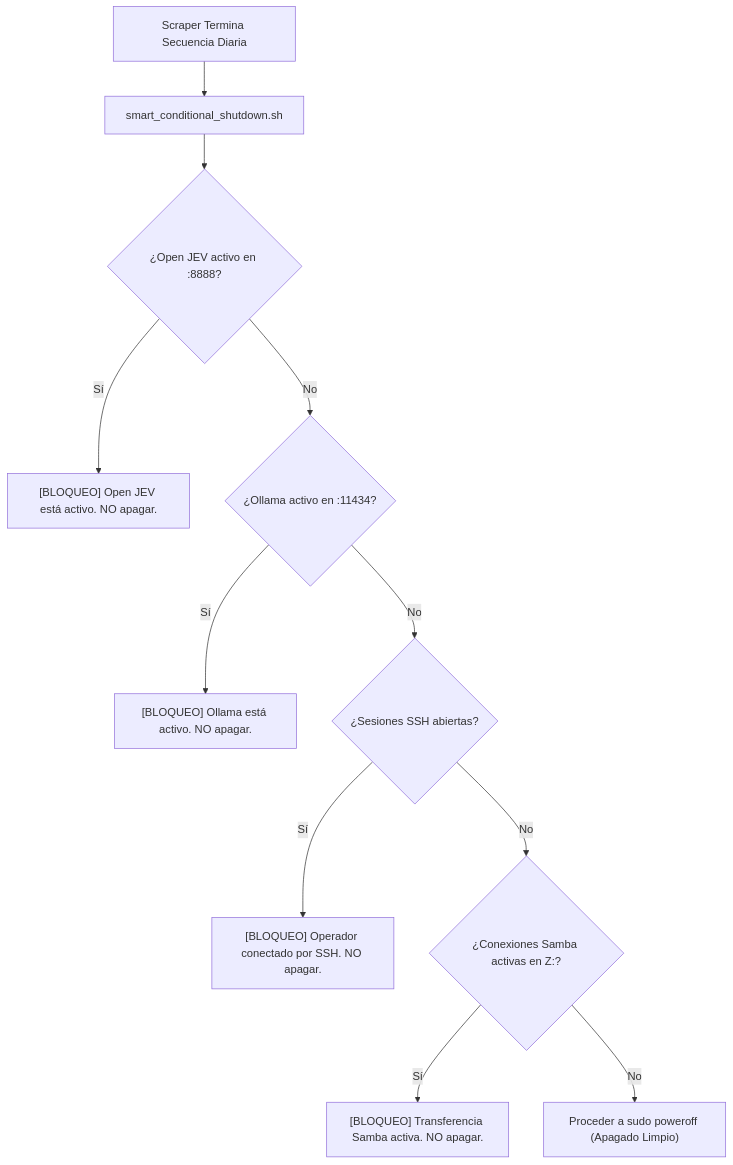
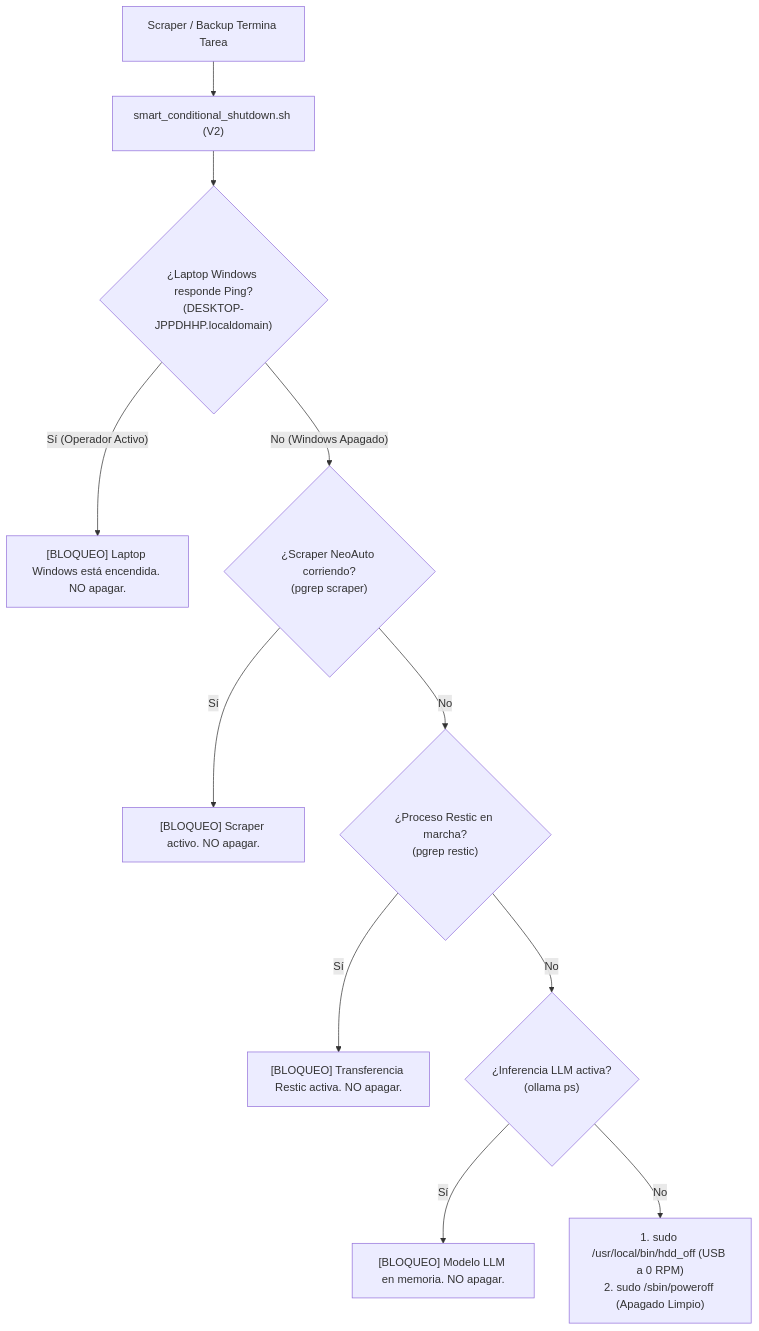
Before and after one commit to RichGutz/Scraper-Neoauto-ANTIGRAVITY: the diagram in Boveda_Obsidian_NeoAuto/10 - Fase 10 - Guardian de Apagado Condicional & Backup Restic 3-2-1.md, drawn with Mermaid. The commit also changed other lines of this file, not shown here.

Commit message:
docs: actualizar fase 10 con guardian de inactividad 5 min y doble reposo 0 rpm

````diff
--- a/Boveda_Obsidian_NeoAuto/10 - Fase 10 - Guardian de Apagado Condicional & Backup Restic 3-2-1.md
+++ b/Boveda_Obsidian_NeoAuto/10 - Fase 10 - Guardian de Apagado Condicional & Backup Restic 3-2-1.md
@@ -18,17 +19,17 @@
 ```mermaid
 flowchart TD
-    End["Scraper Termina Secuencia Diaria"] --> Guard["smart_conditional_shutdown.sh"]
+    End["Scraper / Backup Termina Tarea"] --> Guard["smart_conditional_shutdown.sh (V2)"]
     
-    Guard --> C1{"¿Open JEV activo en :8888?"}
-    C1 -- Sí --> Block1["[BLOQUEO] Open JEV está activo. NO apagar."]
-    C1 -- No --> C2{"¿Ollama activo en :11434?"}
+    Guard --> C1{"¿Laptop Windows responde Ping?<br/>(DESKTOP-JPPDHHP.localdomain)"}
+    C1 -- Sí (Operador Activo) --> Block1["[BLOQUEO] Laptop Windows está encendida. NO apagar."]
+    C1 -- No (Windows Apagado) --> C2{"¿Scraper NeoAuto corriendo?<br/>(pgrep scraper)"}
     
-    C2 -- Sí --> Block2["[BLOQUEO] Ollama está activo. NO apagar."]
-    C2 -- No --> C3{"¿Sesiones SSH abiertas?"}
+    C2 -- Sí --> Block2["[BLOQUEO] Scraper activo. NO apagar."]
+    C2 -- No --> C3{"¿Proceso Restic en marcha?<br/>(pgrep restic)"}
     
-    C3 -- Sí --> Block3["[BLOQUEO] Operador conectado por SSH. NO apagar."]
-    C3 -- No --> C4{"¿Conexiones Samba activas en Z:?"}
+    C3 -- Sí --> Block3["[BLOQUEO] Transferencia Restic activa. NO apagar."]
+    C3 -- No --> C4{"¿Inferencia LLM activa?<br/>(ollama ps)"}
     
-    C4 -- Sí --> Block4["[BLOQUEO] Transferencia Samba activa. NO apagar."]
-    C4 -- No --> Off["Proceder a sudo poweroff (Apagado Limpio)"]
+    C4 -- Sí --> Block4["[BLOQUEO] Modelo LLM en memoria. NO apagar."]
+    C4 -- No --> Off["1. sudo /usr/local/bin/hdd_off (USB a 0 RPM)<br/>2. sudo /sbin/poweroff (Apagado Limpio)"]
 ```
````
